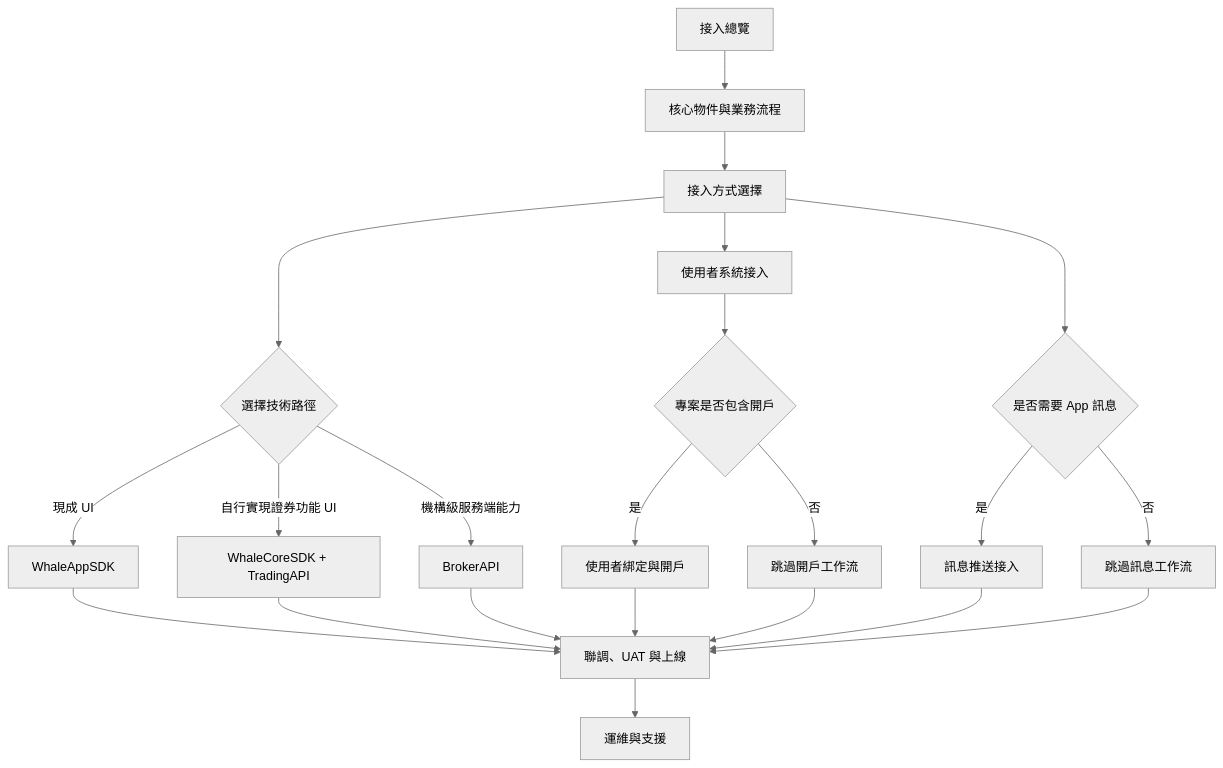
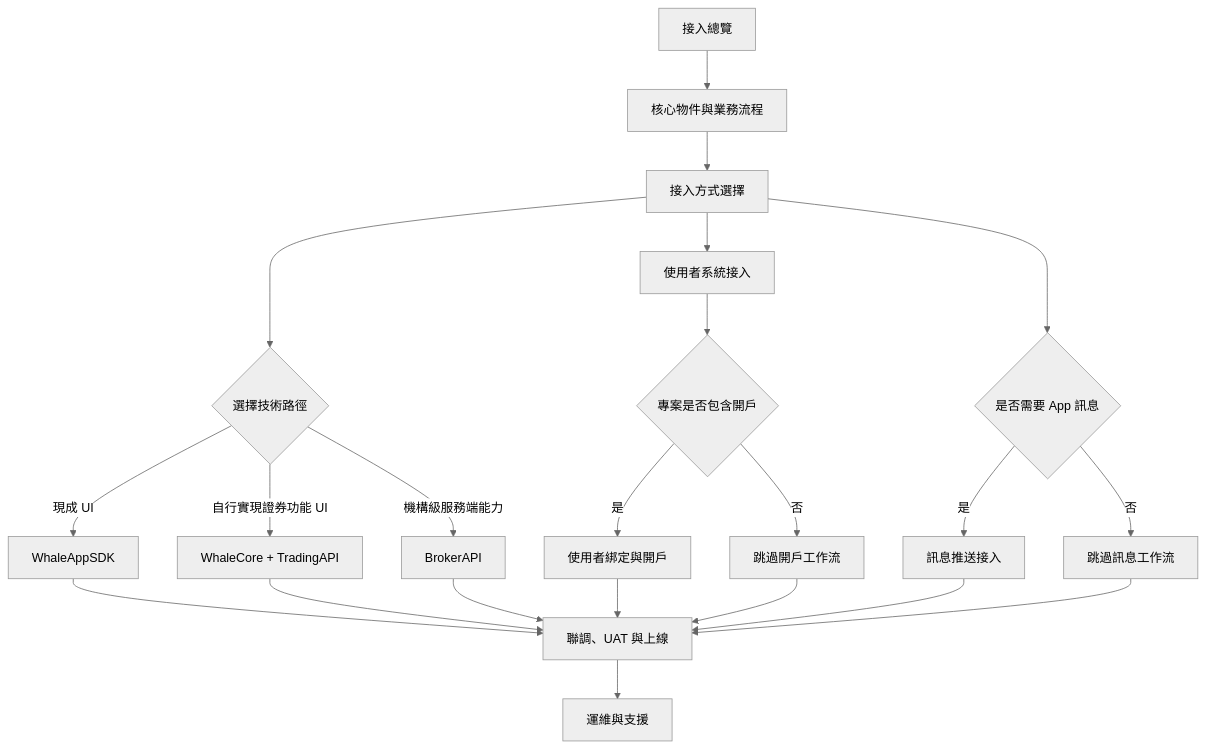
Before and after one commit to longbridge/whale-docs: the first of 2 diagrams in docs/zh-HK/docs/broker-onboarding.mdx, drawn with Mermaid (neutral theme). The commit also changed other lines of this file and 58 other files, not shown here.

First line of the commit message:
docs: clarify TradingAPI runs through WhaleCore, rename WhaleCoreSDK to WhaleCore, and sync SDK/TradingAPI updates (#70)

````diff
--- a/docs/zh-HK/docs/broker-onboarding.mdx
+++ b/docs/zh-HK/docs/broker-onboarding.mdx
@@ -14,24 +14,24 @@
 ```mermaid
 flowchart TD
     A[接入總覽] --> B[核心物件與業務流程]
     B --> C[接入方式選擇]
     C --> D{選擇技術路徑}
     D -->|現成 UI| E[WhaleAppSDK]
-    D -->|自行實現證券功能 UI| F[WhaleCoreSDK + TradingAPI]
+    D -->|自行實現證券功能 UI| F[WhaleCore + TradingAPI]
     D -->|機構級服務端能力| G[BrokerAPI]
     C --> H[使用者系統接入]
     H --> I{專案是否包含開戶}
     I -->|是| J[使用者綁定與開戶]
     I -->|否| K[跳過開戶工作流]
     C --> L{是否需要 App 訊息}
     L -->|是| M[訊息推送接入]
     L -->|否| N[跳過訊息工作流]
     E --> O[聯調、UAT 與上線]
     F --> O
     G --> O
     J --> O
     K --> O
     M --> O
     N --> O
     O --> P[運維與支援]
 ```
````
